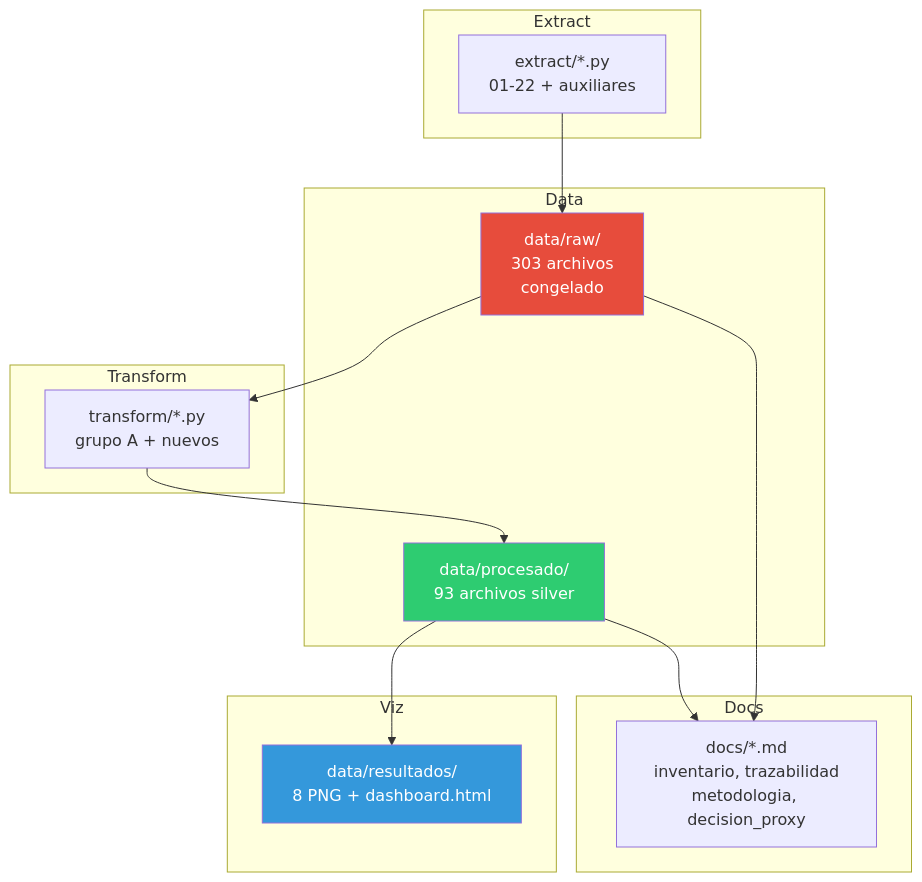
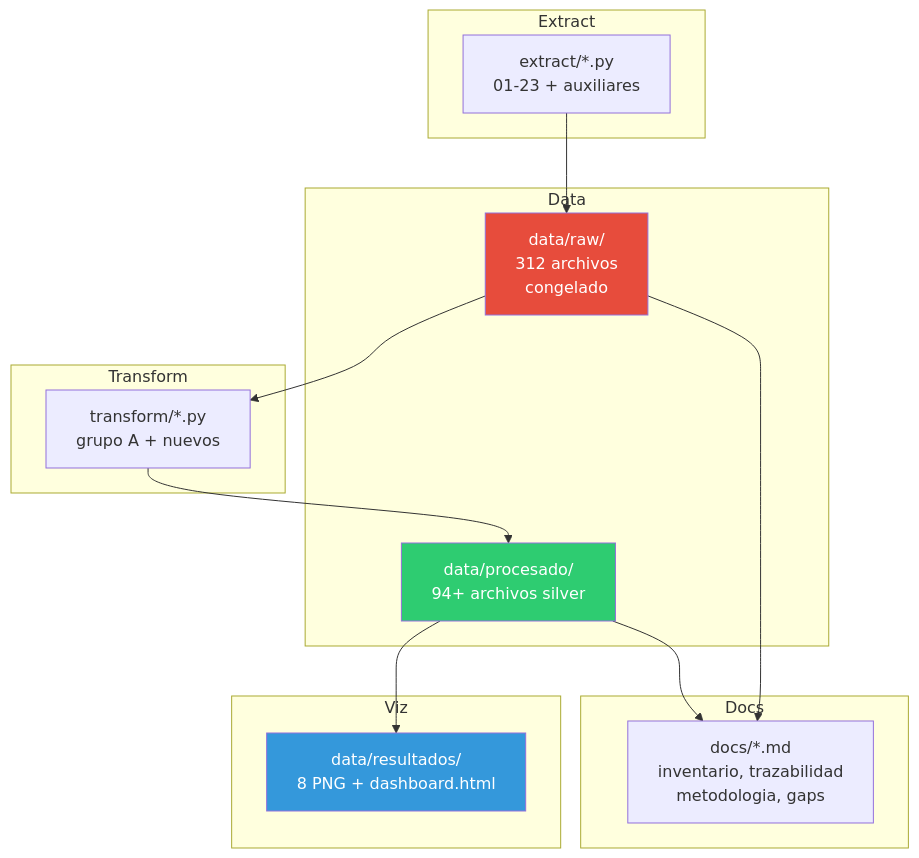
One commit to mikelrh-dev/bigdata-vivienda-euskadi changed the third of 3 diagrams in docs/mapa_relaciones.md. Above: the diagram before and after it, drawn with Mermaid. The commit also changed other lines of this file and 14 other files, not shown here.

Commit message:
docs(readme): update README with current state, mermaid, weak points; reorganize docs; add schema map and profiling scripts

````diff
--- a/docs/mapa_relaciones.md
+++ b/docs/mapa_relaciones.md
@@ -170,30 +150,30 @@
 ```mermaid
 flowchart TB
     subgraph Extract
-        E[extract/*.py<br/>01-22 + auxiliares]
+        E[extract/*.py<br/>01-23 + auxiliares]
     end
     subgraph Transform
         T[transform/*.py<br/>grupo A + nuevos]
     end
     subgraph Data
-        R[data/raw/<br/>303 archivos<br/>congelado]
-        P[data/procesado/<br/>93 archivos silver]
+        R[data/raw/<br/>312 archivos<br/>congelado]
+        P[data/procesado/<br/>94+ archivos silver]
     end
     subgraph Docs
-        D[docs/*.md<br/>inventario, trazabilidad<br/>metodologia, decision_proxy]
+        D[docs/*.md<br/>inventario, trazabilidad<br/>metodologia, gaps]
     end
     subgraph Viz
         V[data/resultados/<br/>8 PNG + dashboard.html]
     end
 
     E --> R
     R --> T
     T --> P
     P --> V
     P --> D
     R --> D
 
     style R fill:#e74c3c,color:#fff
     style P fill:#2ecc71,color:#fff
     style V fill:#3498db,color:#fff
 ```
````
